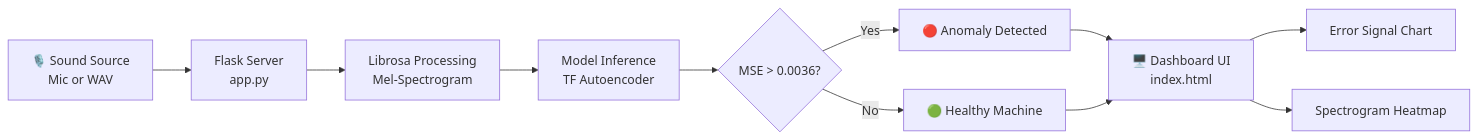
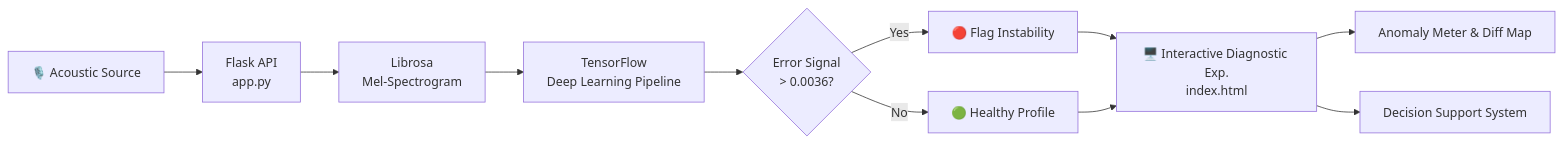
Before and after one commit to mayank-goyal09/NoiseNinja: the diagram in README.md, drawn with Mermaid. The commit also changed other lines of this file, not shown here.

````diff
--- a/README.md
+++ b/README.md
@@ -109,13 +109,13 @@
 ```mermaid
 flowchart LR
-    A[🎙️ Sound Source\nMic or WAV] --> B[Flask Server\napp.py]
-    B --> C[Librosa Processing\nMel-Spectrogram]
-    C --> D[Model Inference\nTF Autoencoder]
-    D --> E{MSE > 0.0036?}
-    E -->|Yes| F[🔴 Anomaly Detected]
-    E -->|No| G[🟢 Healthy Machine]
-    F --> H[🖥️ Dashboard UI\nindex.html]
+    A[🎙️ Acoustic Source] --> B[Flask API\napp.py]
+    B --> C[Librosa\nMel-Spectrogram]
+    C --> D[TensorFlow\nDeep Learning Pipeline]
+    D --> E{Error Signal\n> 0.0036?}
+    E -->|Yes| F[🔴 Flag Instability]
+    E -->|No| G[🟢 Healthy Profile]
+    F --> H[🖥️ Interactive Diagnostic Exp.\nindex.html]
     G --> H
-    H --> I[Error Signal Chart]
-    H --> J[Spectrogram Heatmap]
+    H --> I[Anomaly Meter & Diff Map]
+    H --> J[Decision Support System]
 ```
````
